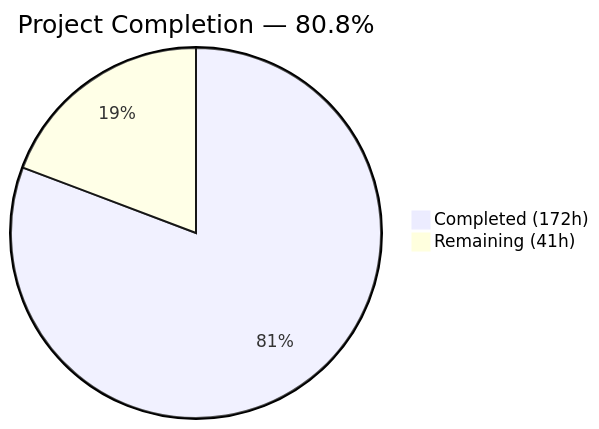
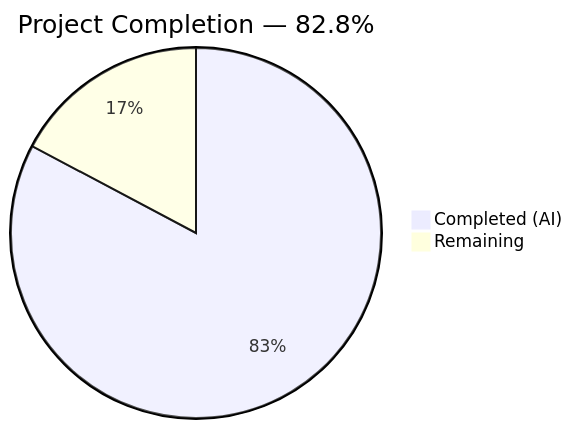
One commit to Blitzy-Sandbox/blitzy-cal changed the first of 2 diagrams in blitzy/documentation/Project Guide.md. Above: the diagram before and after it, drawn with Mermaid. The commit also changed other lines of this file, not shown here.

Commit message:
Adding Blitzy Project Guide: Project Status and Human Tasks Remaining

````diff
--- a/blitzy/documentation/Project Guide.md
+++ b/blitzy/documentation/Project Guide.md
@@ -13,5 +13,5 @@
 ```mermaid
-pie title Project Completion — 80.8%
-    "Completed (172h)" : 172
-    "Remaining (41h)" : 41
+pie title Project Completion — 82.8%
+    "Completed (AI)" : 144
+    "Remaining" : 30
 ```
````
